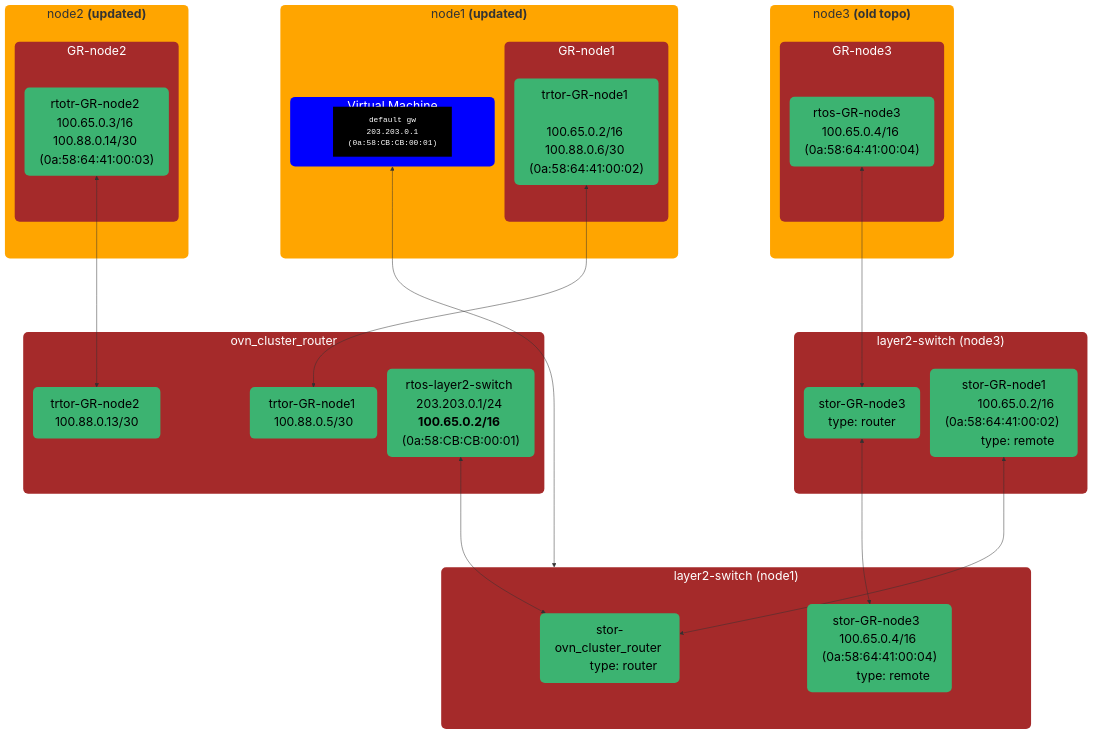
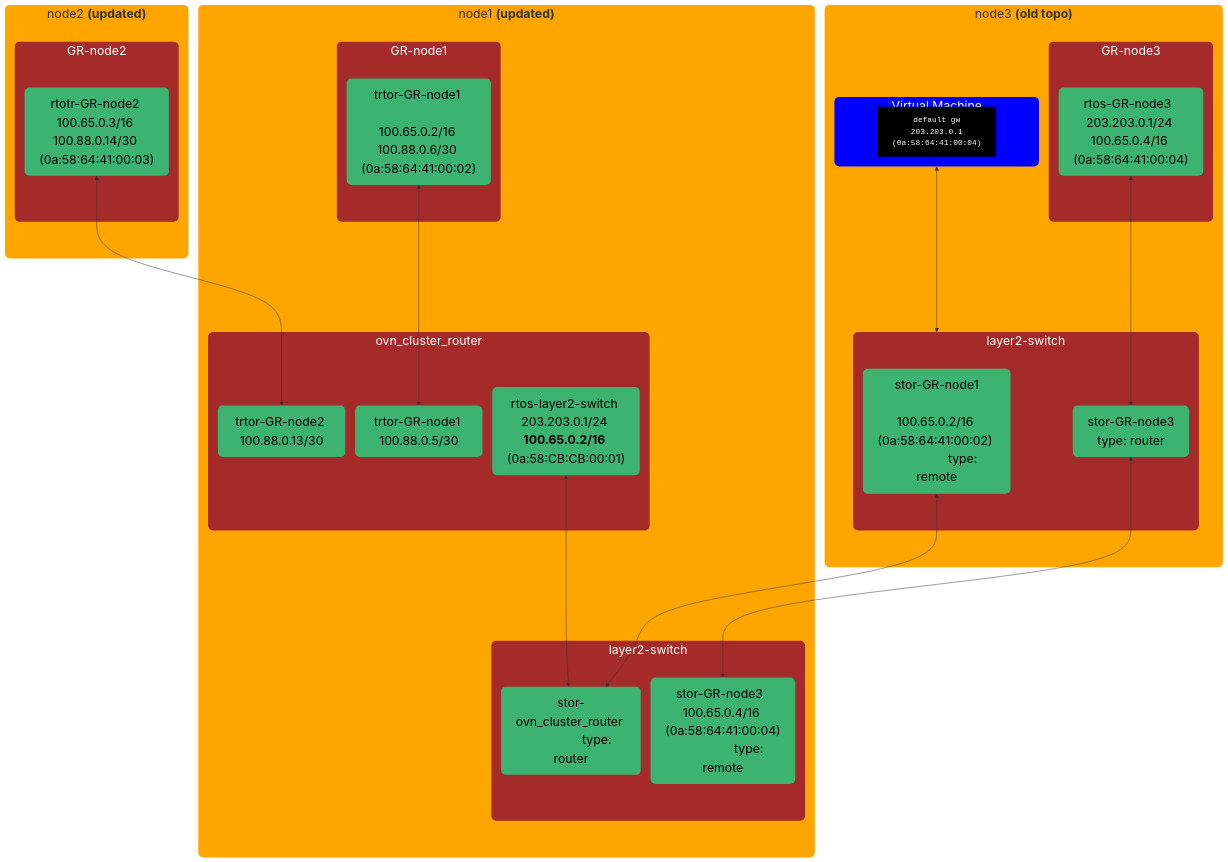
The eighth of 8 diagrams in docs/okeps/okep-5094-layer2-transit-router.md (ovn-kubernetes/ovn-kubernetes), drawn with Mermaid before and after one commit.

```diff
--- a/docs/okeps/okep-5094-layer2-transit-router.md
+++ b/docs/okeps/okep-5094-layer2-transit-router.md
@@ -735,55 +735,62 @@
     classDef routerStyle fill:brown,color:white,stroke:none,rx:10px,ry:10px,font-size:25px;
     classDef switchStyle fill:brown,color:white,stroke:none,rx:10px,ry:10px,font-size:25px;
     classDef termStyle font-family:monospace,fill:black,stroke:none,color:white;
+    
     subgraph node1["node1 <b>(updated)</b>"]
         subgraph GR-node1
             rtotr-GR-node1["trtor-GR-node1 
             100.65.0.2/16 100.88.0.6/30 (0a:58:64:41:00:02)"]
         end
-        subgraph VM["Virtual Machine"]
-            class VM vmStyle;
-            term["default gw 
-            203.203.0.1
-            (0a:58:CB:CB:00:01)"]
+        
+        subgraph layer2-switch["layer2-switch"]
+            stor-ovn_cluster_router["stor-ovn_cluster_router 
+                type: router"]
+            stor-GR-node3["stor-GR-node3  100.65.0.4/16 (0a:58:64:41:00:04)
+                type: remote"]
+        end
+        
+        
+        
+        subgraph ovn_cluster_router["ovn_cluster_router "]
+            trtor-GR-node2["trtor-GR-node2 100.88.0.13/30"]
+            trtor-GR-node1["trtor-GR-node1 100.88.0.5/30"]
+            rtos-layer2-switch["rtos-layer2-switch 203.203.0.1/24 <b>100.65.0.2/16</b> (0a:58:CB:CB:00:01)"]
         end
     end
+    
     subgraph node2["node2 <b>(updated)</b>"]
         subgraph GR-node2
             rtotr-GR-node2["rtotr-GR-node2 100.65.0.3/16 100.88.0.14/30 (0a:58:64:41:00:03)"]
         end
     end
+    
     subgraph node3["node3 <b>(old topo)</b>"]
+        subgraph VM["Virtual Machine"]
+            class VM vmStyle;
+            term["default gw 
+            203.203.0.1
+            (0a:58:64:41:00:04)"]
+        end
         subgraph GR-node3
-            rtos-GR-node3["rtos-GR-node3   100.65.0.4/16 (0a:58:64:41:00:04)"]
+            rtos-GR-node3["rtos-GR-node3  203.203.0.1/24 100.65.0.4/16 (0a:58:64:41:00:04)"]
+        end
+        subgraph layer2-switch-node3["layer2-switch"]
+            stor-GR-node1["stor-GR-node1
+                100.65.0.2/16 (0a:58:64:41:00:02) 
+                type: remote"]
+            stor-GR-node3-local["stor-GR-node3 
+                type: router"]
         end
     end
-    subgraph layer2-switch["layer2-switch (node1)"]
-        stor-ovn_cluster_router["stor-ovn_cluster_router 
-        type: router"]
-        stor-GR-node3["stor-GR-node3  100.65.0.4/16 (0a:58:64:41:00:04)
-        type: remote"]
-    end
-    subgraph layer2-switch-node3["layer2-switch (node3)"]
-        stor-GR-node3-local["stor-GR-node3 
-        type: router"]
-        stor-GR-node1["stor-GR-node1
-        100.65.0.2/16 (0a:58:64:41:00:02) 
-        type: remote"]
-    end
-    subgraph ovn_cluster_router["ovn_cluster_router "]
-        trtor-GR-node1["trtor-GR-node1 100.88.0.5/30"]
-        trtor-GR-node2["trtor-GR-node2 100.88.0.13/30"]
-
-        rtos-layer2-switch["rtos-layer2-switch 203.203.0.1/24 <b>100.65.0.2/16</b> (0a:58:CB:CB:00:01)"]
-    end
+    
     rtotr-GR-node1 <--> trtor-GR-node1
     rtotr-GR-node2 <--> trtor-GR-node2
     rtos-GR-node3 <--> stor-GR-node3-local
     stor-GR-node3-local <--> stor-GR-node3
-    VM <-->layer2-switch
     rtos-layer2-switch <--> stor-ovn_cluster_router
     stor-GR-node1 <--> stor-ovn_cluster_router
-
+    VM <--> layer2-switch-node3
+    
     class VM vmStyle;
     class rtotr-GR-node1 portStyle;
     class rtotr-GR-node2 portStyle;
@@ -801,7 +808,7 @@
     class GR-node2 routerStyle;
     class GR-node3 routerStyle;
     class ovn_cluster_router routerStyle;
-    class layer2-switch switchStyle
+    class layer2-switch switchStyle;
     class layer2-switch-node3 switchStyle;
     class term termStyle;
     class node1,node2,node3 nodeStyle;
```
